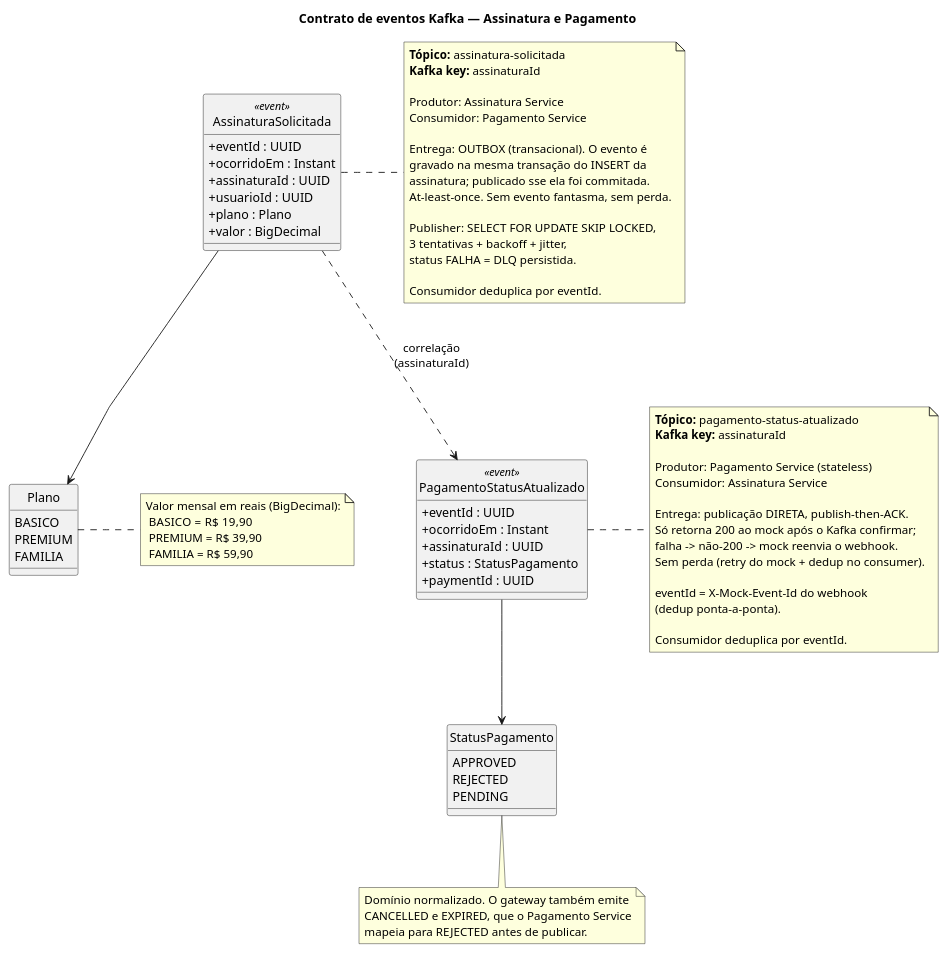
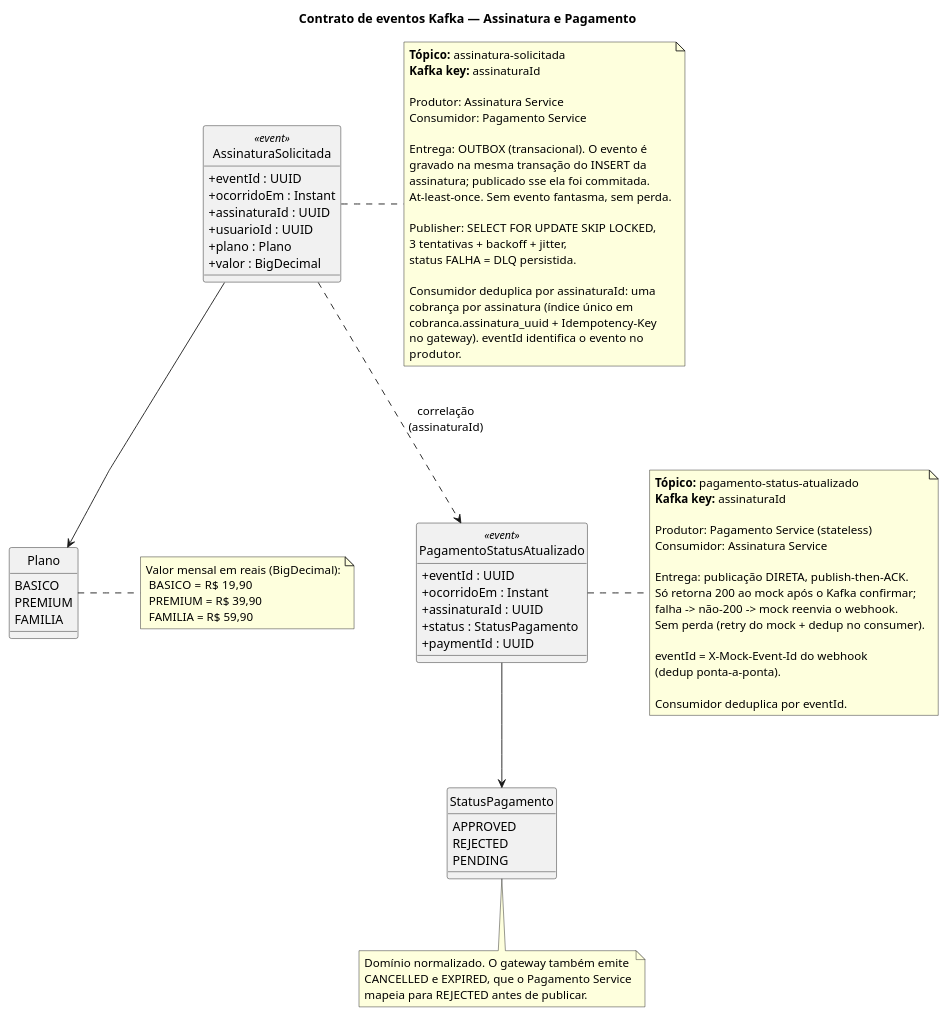
Before and after one commit to fabriciosouza21/assinatura: the diagram in docs/contrato-eventos-kafka.puml, drawn with PlantUML. The commit also changed 3 other files, not shown here.

```diff
--- a/docs/contrato-eventos-kafka.puml
+++ b/docs/contrato-eventos-kafka.puml
@@ -1,93 +1,97 @@
 @startuml
 title Contrato de eventos Kafka — Assinatura e Pagamento
 
 hide circle
 skinparam classAttributeIconSize 0
 skinparam linetype polyline
 skinparam nodesep 70
 skinparam ranksep 80
 
 class AssinaturaSolicitada <<event>> {
   + eventId : UUID
   + ocorridoEm : Instant
   + assinaturaId : UUID
   + usuarioId : UUID
   + plano : Plano
   + valor : BigDecimal
 }
 
 class PagamentoStatusAtualizado <<event>> {
   + eventId : UUID
   + ocorridoEm : Instant
   + assinaturaId : UUID
   + status : StatusPagamento
   + paymentId : UUID
 }
 
 enum Plano {
   BASICO
   PREMIUM
   FAMILIA
 }
 
 enum StatusPagamento {
   APPROVED
   REJECTED
   PENDING
 }
 
 AssinaturaSolicitada ..> PagamentoStatusAtualizado : correlação\n(assinaturaId)
 AssinaturaSolicitada --> Plano
 PagamentoStatusAtualizado --> StatusPagamento
 
 note right of Plano
   Valor mensal em reais (BigDecimal):
    BASICO  = R$ 19,90
    PREMIUM = R$ 39,90
    FAMILIA = R$ 59,90
 end note
 
 note right of AssinaturaSolicitada
   **Tópico:** assinatura-solicitada
   **Kafka key:** assinaturaId
 
   Produtor: Assinatura Service
   Consumidor: Pagamento Service
 
   Entrega: OUTBOX (transacional). O evento é
   gravado na mesma transação do INSERT da
   assinatura; publicado sse ela foi commitada.
   At-least-once. Sem evento fantasma, sem perda.
 
   Publisher: SELECT FOR UPDATE SKIP LOCKED,
   3 tentativas + backoff + jitter,
   status FALHA = DLQ persistida.
 
-  Consumidor deduplica por eventId.
+  Consumidor deduplica por assinaturaId: uma
+  cobrança por assinatura (índice único em
+  cobranca.assinatura_uuid + Idempotency-Key
+  no gateway). eventId identifica o evento no
+  produtor.
 end note
 
 note right of PagamentoStatusAtualizado
   **Tópico:** pagamento-status-atualizado
   **Kafka key:** assinaturaId
 
   Produtor: Pagamento Service (stateless)
   Consumidor: Assinatura Service
 
   Entrega: publicação DIRETA, publish-then-ACK.
   Só retorna 200 ao mock após o Kafka confirmar;
   falha -> não-200 -> mock reenvia o webhook.
   Sem perda (retry do mock + dedup no consumer).
 
   eventId = X-Mock-Event-Id do webhook
   (dedup ponta-a-ponta).
 
   Consumidor deduplica por eventId.
 end note
 
 note bottom of StatusPagamento
   Domínio normalizado. O gateway também emite
   CANCELLED e EXPIRED, que o Pagamento Service
   mapeia para REJECTED antes de publicar.
 end note
 
 @enduml
```
